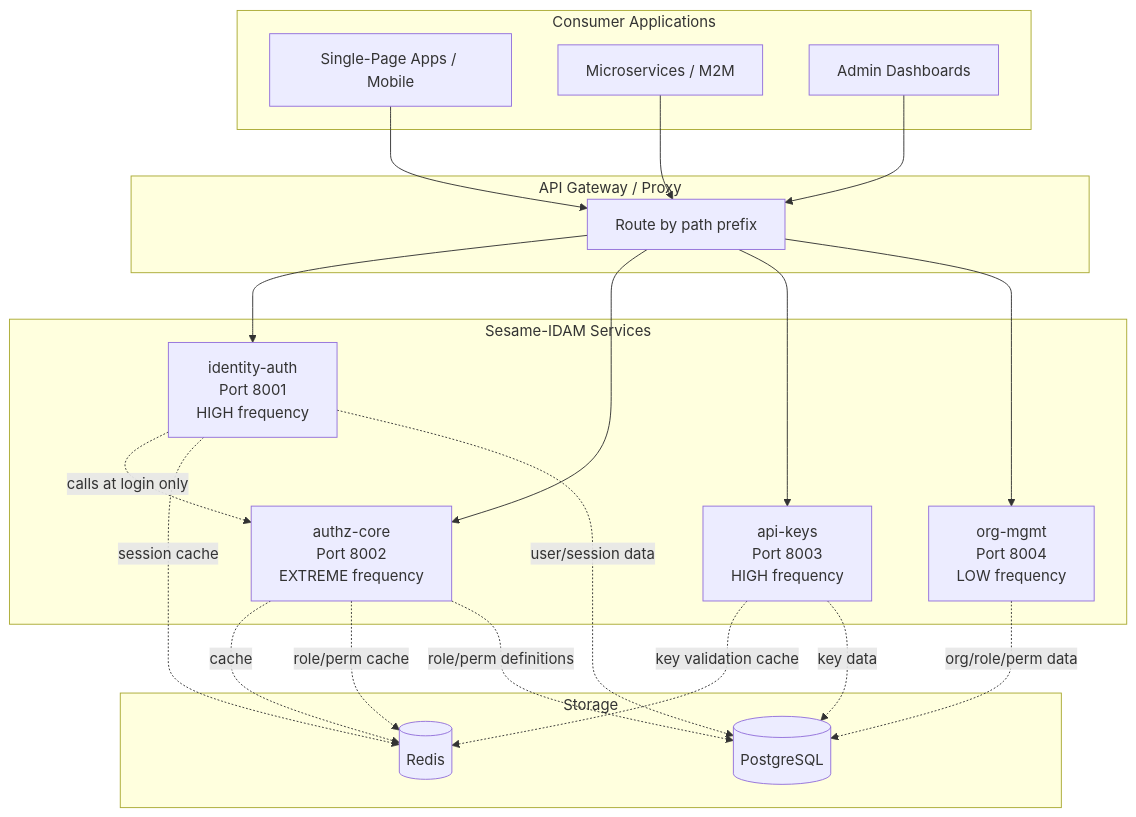
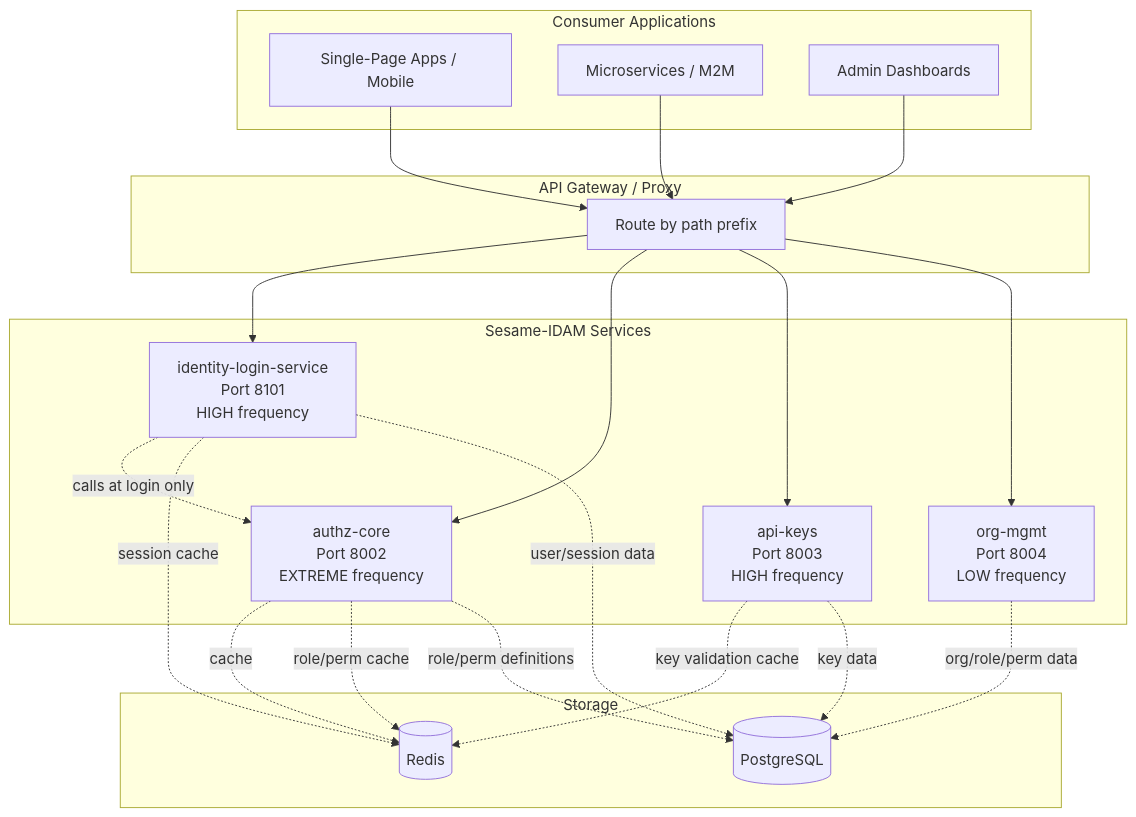
One commit to microscaler/sesame-idam changed the first of 11 diagrams in docs/sesame-idam-complete.md. Above: the diagram before and after it, drawn with Mermaid. The commit also changed other lines of this file and 7 other files, not shown here.

First line of the commit message:
docs: fix all stale architecture references — 4→6 services, identity-auth→real names

````diff
--- a/docs/sesame-idam-complete.md
+++ b/docs/sesame-idam-complete.md
@@ -75,42 +75,42 @@
 ```mermaid
 graph TB
     subgraph "Consumer Applications"
         SPA[Single-Page Apps / Mobile]
         Microsvc[Microservices / M2M]
         Admin[Admin Dashboards]
     end
 
     subgraph "API Gateway / Proxy"
         Proxy[Route by path prefix]
     end
 
     subgraph "Sesame-IDAM Services"
-        IA[identity-auth<br/>Port 8001<br/>HIGH frequency]
+        IA[identity-login-service<br/>Port 8101<br/>HIGH frequency]
         AC[authz-core<br/>Port 8002<br/>EXTREME frequency]
         AK[api-keys<br/>Port 8003<br/>HIGH frequency]
         OM[org-mgmt<br/>Port 8004<br/>LOW frequency]
     end
 
     subgraph "Storage"
         PG[(PostgreSQL)]
         Redis[(Redis)]
     end
 
     SPA --> Proxy
     Microsvc --> Proxy
     Admin --> Proxy
     Proxy --> IA
     Proxy --> AC
     Proxy --> AK
     Proxy --> OM
 
     IA -. calls at login only .-> AC
     AC -. cache .-> Redis
     IA -. session cache .-> Redis
     AC -. role/perm cache .-> Redis
     AK -. key validation cache .-> Redis
     IA -. user/session data .-> PG
     AC -. role/perm definitions .-> PG
     AK -. key data .-> PG
     OM -. org/role/perm data .-> PG
 ```
````
